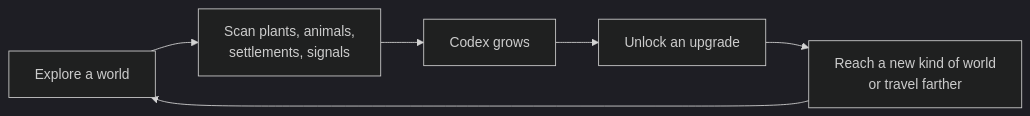
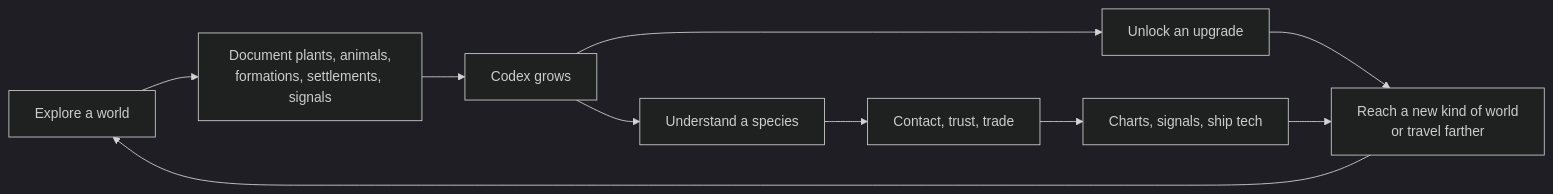
Before and after one commit to OliDada/OliDada.github.io: the diagram in galaxy-explorer/PROGRESSION.md, drawn with Mermaid (dark theme). The commit also changed other lines of this file and 115 other files, not shown here.

````diff
--- a/galaxy-explorer/PROGRESSION.md
+++ b/galaxy-explorer/PROGRESSION.md
@@ -11,8 +28,12 @@
 ```mermaid
 flowchart LR
-    A[Explore a world] --> B[Scan plants, animals,<br/>settlements, signals]
+    A[Explore a world] --> B[Document plants, animals,<br/>formations, settlements, signals]
     B --> C[Codex grows]
     C --> D[Unlock an upgrade]
+    C --> F[Understand a species]
+    F --> G[Contact, trust, trade]
+    G --> H[Charts, signals, ship tech]
     D --> E[Reach a new kind of world<br/>or travel farther]
+    H --> E
     E --> A
 ```
````
